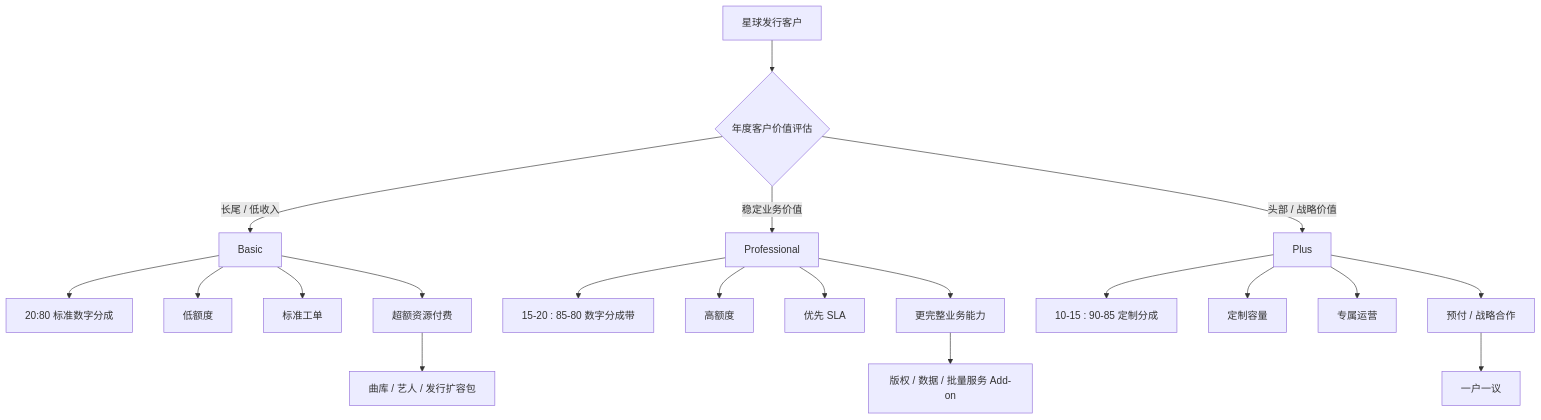
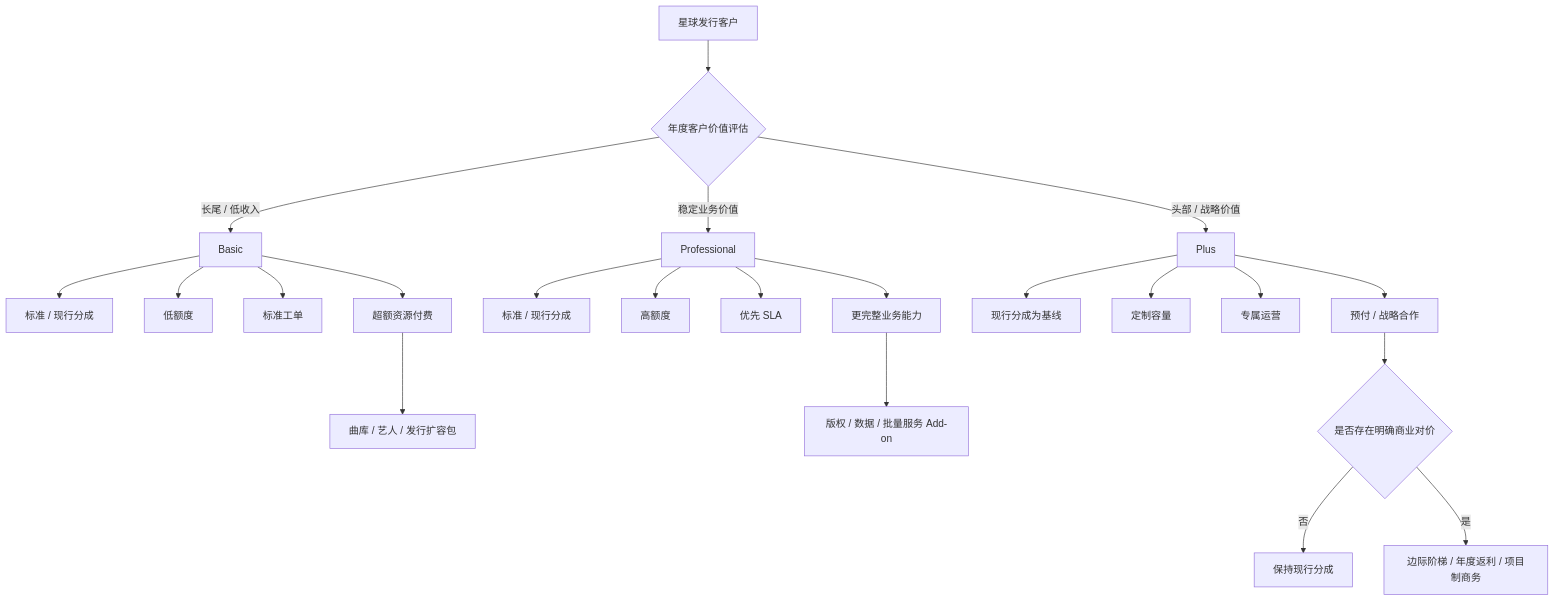
Before and after one commit to zeroooolu/kanjian-distribution-products: the seventh of 7 diagrams in 02-star-release/commercial-model-v1.0.md, drawn with Mermaid. The commit also changed other lines of this file, not shown here.

````diff
--- a/02-star-release/commercial-model-v1.0.md
+++ b/02-star-release/commercial-model-v1.0.md
@@ -606,27 +701,30 @@
 ```mermaid
 flowchart TB
     A[星球发行客户] --> B{年度客户价值评估}
 
     B -->|长尾 / 低收入| C[Basic]
     B -->|稳定业务价值| D[Professional]
     B -->|头部 / 战略价值| E[Plus]
 
-    C --> C1[20:80 标准数字分成]
+    C --> C1[标准 / 现行分成]
     C --> C2[低额度]
     C --> C3[标准工单]
     C --> C4[超额资源付费]
 
-    D --> D1[15-20 : 85-80 数字分成带]
+    D --> D1[标准 / 现行分成]
     D --> D2[高额度]
     D --> D3[优先 SLA]
     D --> D4[更完整业务能力]
 
-    E --> E1[10-15 : 90-85 定制分成]
+    E --> E1[现行分成为基线]
     E --> E2[定制容量]
     E --> E3[专属运营]
     E --> E4[预付 / 战略合作]
 
     C4 --> F[曲库 / 艺人 / 发行扩容包]
     D4 --> G[版权 / 数据 / 批量服务 Add-on]
-    E4 --> H[一户一议]
+
+    E4 --> H{是否存在明确商业对价}
+    H -- 否 --> I[保持现行分成]
+    H -- 是 --> J[边际阶梯 / 年度返利 / 项目制商务]
 ```
````
